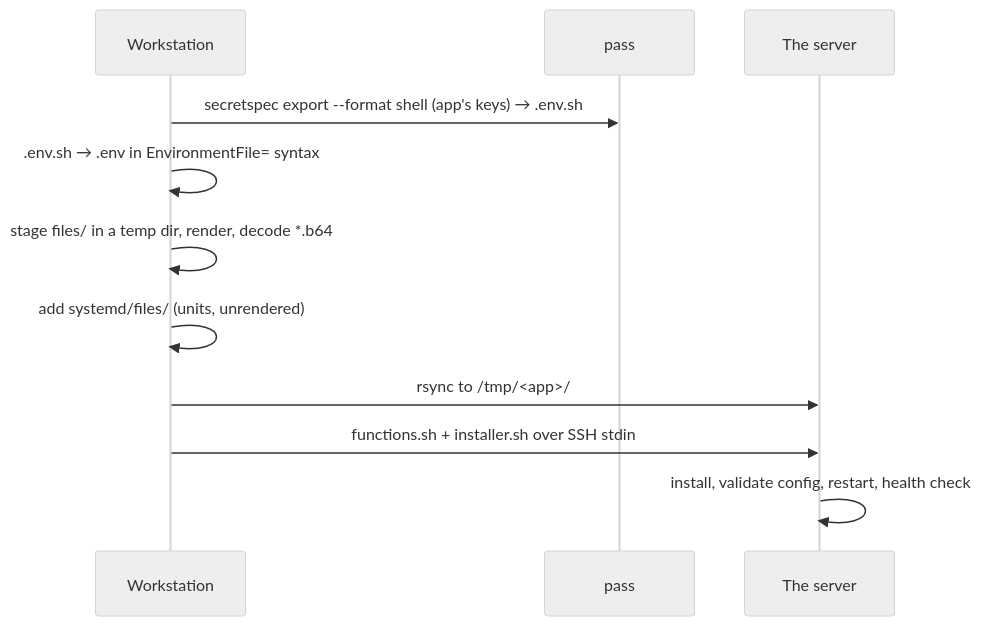
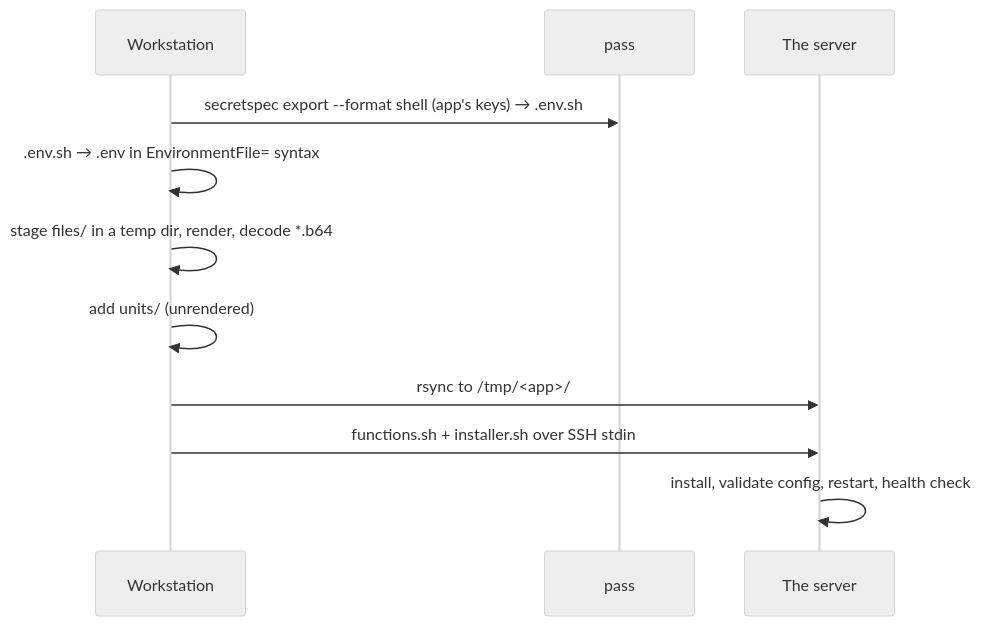
The fifth of 5 diagrams in docs/architecture.md (rafi/machines), drawn with Mermaid (neutral theme) before and after one commit. The commit also changed other lines of this file and 78 other files, not shown here.

````diff
--- a/docs/architecture.md
+++ b/docs/architecture.md
@@ -171,13 +167,13 @@
 ```mermaid
 sequenceDiagram
   participant W as Workstation
   participant P as pass
   participant S as The server
   W->>P: secretspec export --format shell (app's keys) → .env.sh
   W->>W: .env.sh → .env in EnvironmentFile= syntax
   W->>W: stage files/ in a temp dir, render, decode *.b64
-  W->>W: add systemd/files/ (units, unrendered)
+  W->>W: add units/ (unrendered)
   W->>S: rsync to /tmp/<app>/
   W->>S: functions.sh + installer.sh over SSH stdin
   S->>S: install, validate config, restart, health check
 ```
````
